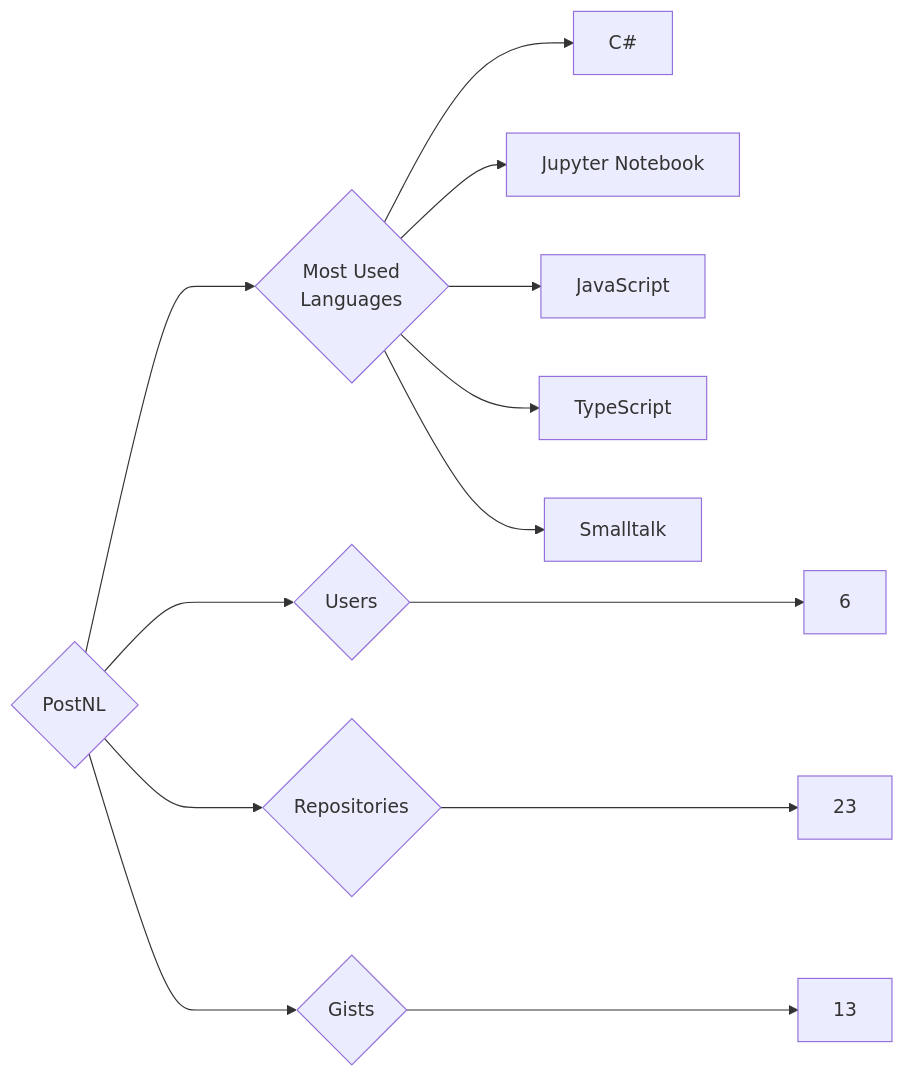
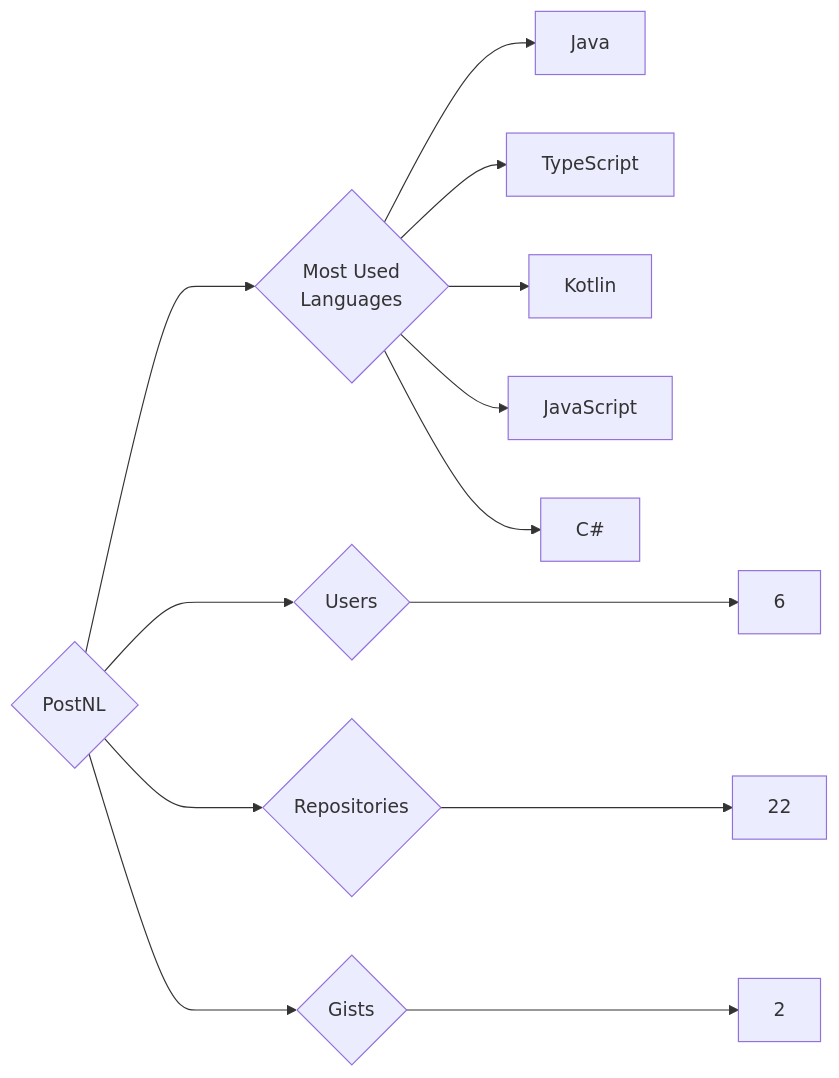
The diagram in targets/PostNL/README.md (trickest/insiders), drawn with Mermaid before and after one commit. The commit also changed 972 other files, not shown here.

````diff
--- a/targets/PostNL/README.md
+++ b/targets/PostNL/README.md
@@ -3,13 +3,13 @@
 ```mermaid
 graph LR
 COMPANY_NAME{PostNL}
 COMPANY_NAME ---> U{Users} ---> UN[6]
-COMPANY_NAME ---> R{Repositories} ---> RN[23]
-COMPANY_NAME ---> G{Gists} ---> GN[13]
+COMPANY_NAME ---> R{Repositories} ---> RN[22]
+COMPANY_NAME ---> G{Gists} ---> GN[2]
 COMPANY_NAME ---> ML{Most Used<br>Languages}
+ML --> Java[Java]
+ML --> TypeScript[TypeScript]
+ML --> Kotlin[Kotlin]
+ML --> JavaScript[JavaScript]
 ML --> C#[C#]
-ML --> Jupyter_Notebook[Jupyter Notebook]
-ML --> JavaScript[JavaScript]
-ML --> TypeScript[TypeScript]
-ML --> Smalltalk[Smalltalk]
 ```
````
